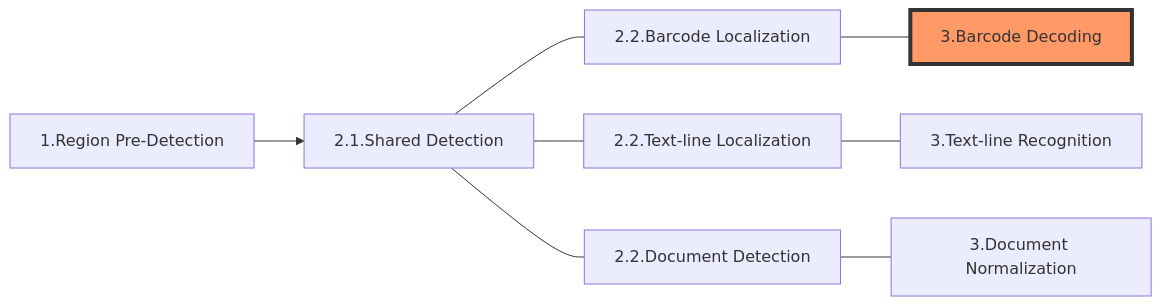
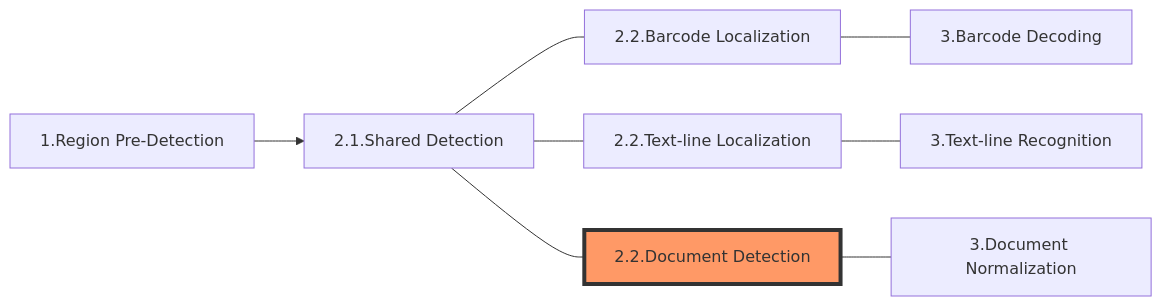
The diagram in architecture/image-processing/document-detection.md (dynamsoft-docs/capture-vision-docs), drawn with Mermaid before and after one commit. The commit also changed 5 other files, not shown here.

````diff
--- a/architecture/image-processing/document-detection.md
+++ b/architecture/image-processing/document-detection.md
@@ -13,11 +13,11 @@
 ```mermaid
 flowchart LR;
      A[1.Region Pre-Detection]-->C[2.1.Shared Detection]
      C---D[2.2.Barcode Localization]
      C---E[2.2.Text-line Localization]
      C---F[2.2.Document Detection]
      D---G[3.Barcode Decoding]
      E---H[3.Text-line Recognition]
      F---I[3.Document Normalization]
-     style G fill:#f96,stroke:#333,stroke-width:4px
+     style F fill:#f96,stroke:#333,stroke-width:4px
 ```
````
